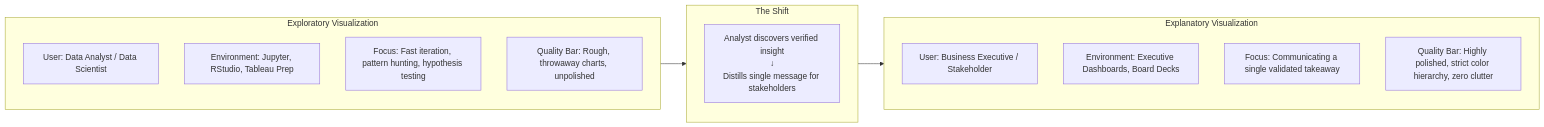
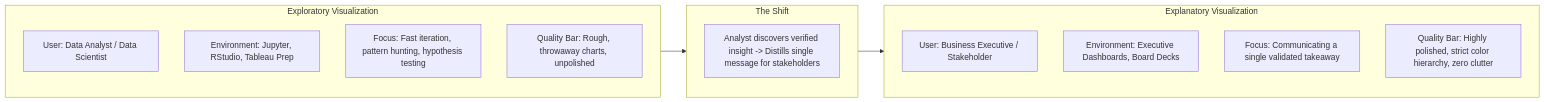
One commit to DeepLumiere/DeepSkills changed the seventh of 27 diagrams in notes/data_analysis/Unit_2_notes.md. Above: the diagram before and after it, drawn with Mermaid. The commit also changed other lines of this file and 56 other files, not shown here.

````diff
--- a/notes/data_analysis/Unit_2_notes.md
+++ b/notes/data_analysis/Unit_2_notes.md
@@ -485,24 +485,24 @@
 ```mermaid
 flowchart LR
     subgraph EXP["Exploratory Visualization"]
         direction TB
         E1["User: Data Analyst / Data Scientist"]
         E2["Environment: Jupyter, RStudio, Tableau Prep"]
         E3["Focus: Fast iteration, pattern hunting, hypothesis testing"]
         E4["Quality Bar: Rough, throwaway charts, unpolished"]
     end
 
     subgraph TRANS["The Shift"]
-        T1["Analyst discovers verified insight<br/>↓<br/>Distills single message for stakeholders"]
+        T1["Analyst discovers verified insight -> Distills single message for stakeholders"]
     end
 
     subgraph EXPN["Explanatory Visualization"]
         direction TB
         X1["User: Business Executive / Stakeholder"]
         X2["Environment: Executive Dashboards, Board Decks"]
         X3["Focus: Communicating a single validated takeaway"]
         X4["Quality Bar: Highly polished, strict color hierarchy, zero clutter"]
     end
 
     EXP --> TRANS --> EXPN
 ```
````
